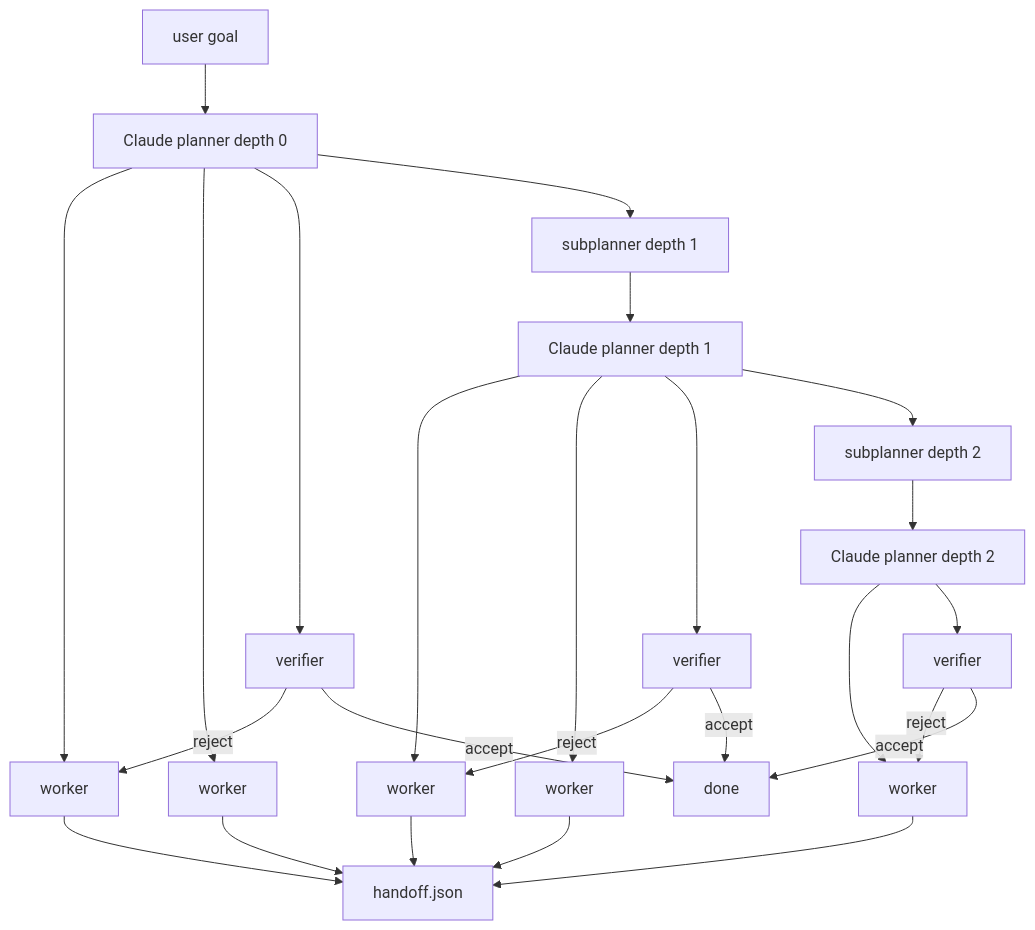
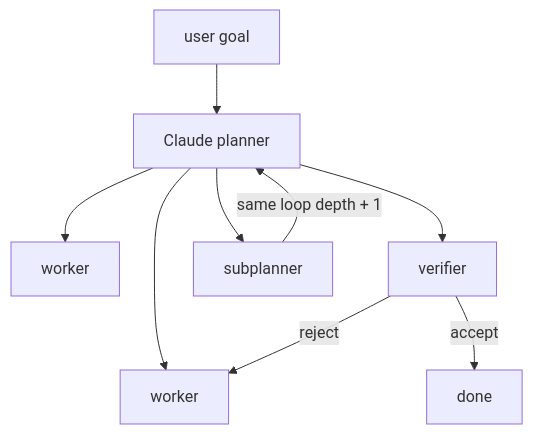
The diagram in README.md (ranjan2829/Alpha-throttle-test), drawn with Mermaid before and after one commit. The commit also changed other lines of this file, not shown here.

Commit message:
Use the simple recursive planner tree

````diff
--- a/README.md
+++ b/README.md
@@ -30,27 +40,11 @@
 ```mermaid
 flowchart TB
-  G[user goal] --> R[Claude planner depth 0]
-  R --> W1[worker]
-  R --> W2[worker]
-  R --> V[verifier]
-  R --> S1[subplanner depth 1]
-  S1 --> R2[Claude planner depth 1]
-  R2 --> W3[worker]
-  R2 --> W4[worker]
-  R2 --> V2[verifier]
-  R2 --> S2[subplanner depth 2]
-  S2 --> R3[Claude planner depth 2]
-  R3 --> W5[worker]
-  R3 --> V3[verifier]
-  W1 --> H[handoff.json]
-  W2 --> H
-  W3 --> H
-  W4 --> H
-  W5 --> H
+  G[user goal] --> P[Claude planner]
+  P --> W1[worker]
+  P --> W2[worker]
+  P --> V[verifier]
+  P --> S[subplanner]
+  S -->|same loop depth + 1| P
   V -->|reject| W1
-  V2 -->|reject| W3
-  V3 -->|reject| W5
   V -->|accept| D[done]
-  V2 -->|accept| D
-  V3 -->|accept| D
 ```
````
